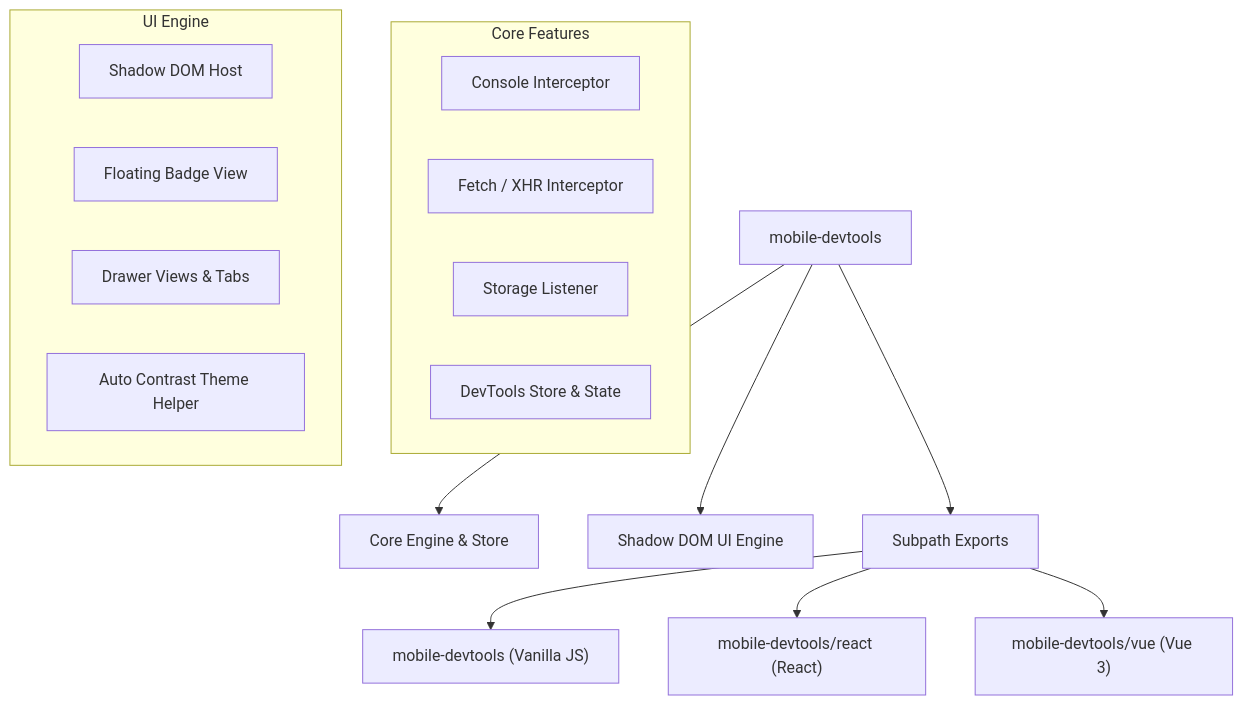
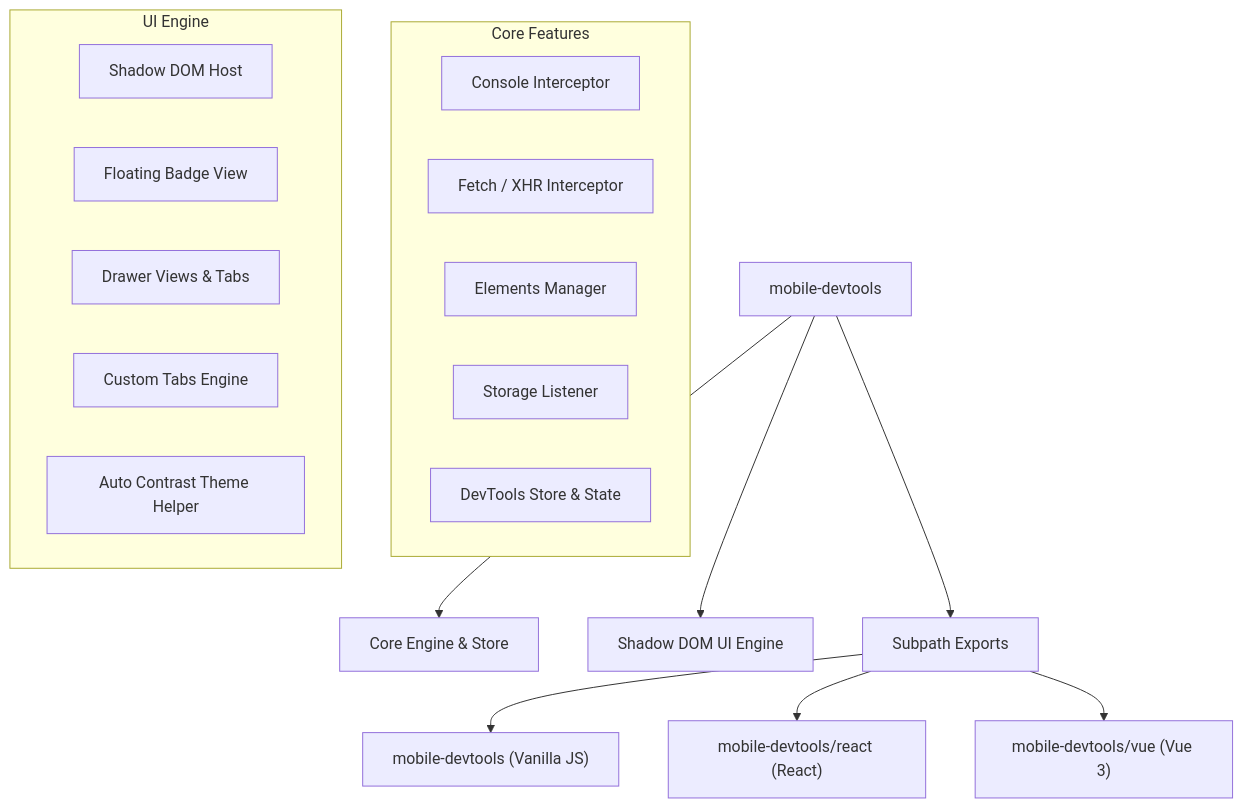
One commit to Fonziechimeral403/mobile-devtools changed the diagram in README.md. Above: the diagram before and after it, drawn with Mermaid. The commit also changed other lines of this file and 12 other files, not shown here.

````diff
--- a/README.md
+++ b/README.md
@@ -63,23 +68,25 @@
 ```mermaid
 graph TD
     A["mobile-devtools"] --> B["Core Engine & Store"]
     A --> C["Shadow DOM UI Engine"]
     A --> D["Subpath Exports"]
     D --> E["mobile-devtools (Vanilla JS)"]
     D --> F["mobile-devtools/react (React)"]
     D --> G["mobile-devtools/vue (Vue 3)"]
 
     subgraph Core Features
         A1[Console Interceptor]
         A2[Fetch / XHR Interceptor]
-        A3[Storage Listener]
-        A4[DevTools Store & State]
+        A3[Elements Manager]
+        A4[Storage Listener]
+        A5[DevTools Store & State]
     end
 
     subgraph UI Engine
         B1[Shadow DOM Host]
         B2[Floating Badge View]
         B3[Drawer Views & Tabs]
-        B4[Auto Contrast Theme Helper]
+        B4[Custom Tabs Engine]
+        B5[Auto Contrast Theme Helper]
     end
 ```
````
